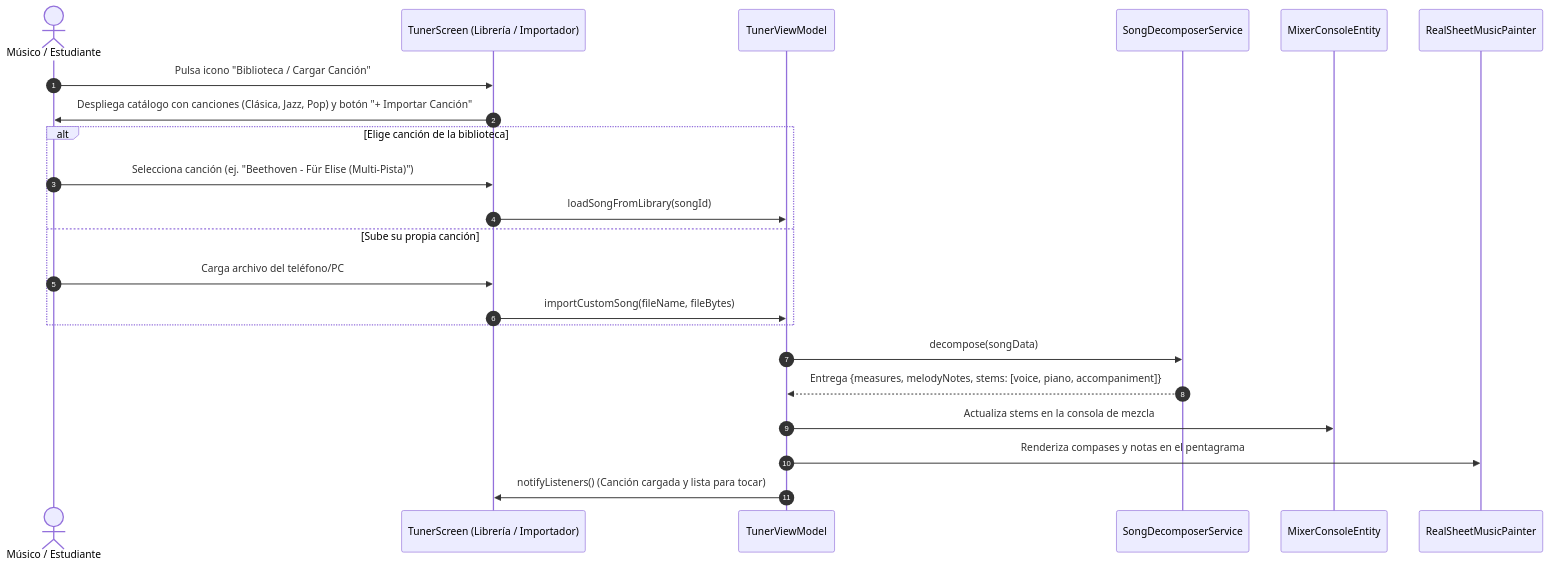
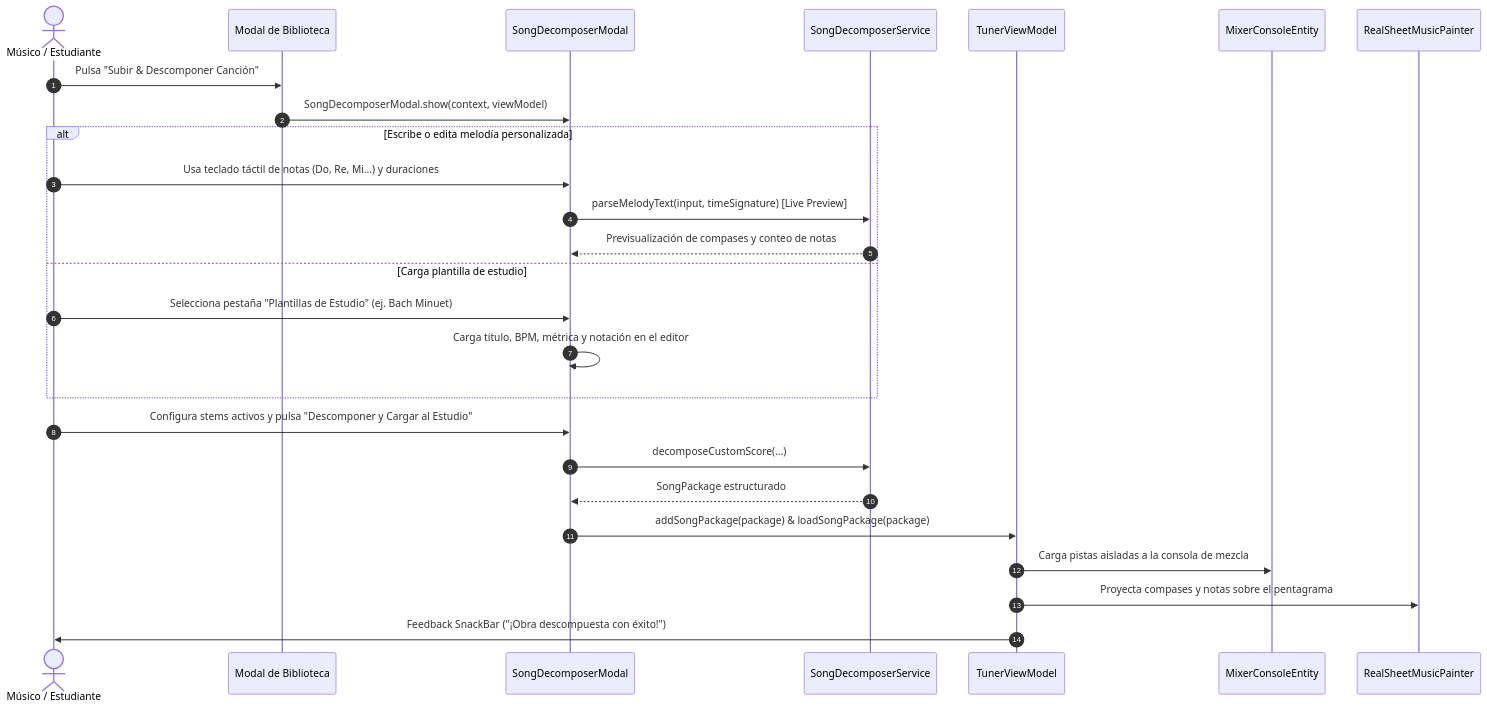
One commit to Nicolas11Leon/Tunner changed the second of 2 diagrams in docs/02_use_cases/08_uc_song_reader_and_decomposer.md. Above: the diagram before and after it, drawn with Mermaid. The commit also changed other lines of this file and 6 other files, not shown here.

Commit message:
feat(song_library): add interactive SongDecomposerModal studio and connect decomposition button

````diff
--- a/docs/02_use_cases/08_uc_song_reader_and_decomposer.md
+++ b/docs/02_use_cases/08_uc_song_reader_and_decomposer.md
@@ -53,25 +63,29 @@
 ```mermaid
 sequenceDiagram
     autonumber
     actor Musician as Músico / Estudiante
-    participant UI as TunerScreen (Librería / Importador)
+    participant LibUI as Modal de Biblioteca
+    participant StudioUI as SongDecomposerModal
+    participant Decomp as SongDecomposerService
     participant VM as TunerViewModel
-    participant Decomp as SongDecomposerService
     participant Mixer as MixerConsoleEntity
     participant Score as RealSheetMusicPainter
 
-    Musician->>UI: Pulsa icono "Biblioteca / Cargar Canción"
-    UI->>Musician: Despliega catálogo con canciones (Clásica, Jazz, Pop) y botón "+ Importar Canción"
-    alt Elige canción de la biblioteca
-        Musician->>UI: Selecciona canción (ej. "Beethoven - Für Elise (Multi-Pista)")
-        UI->>VM: loadSongFromLibrary(songId)
-    else Sube su propia canción
-        Musician->>UI: Carga archivo del teléfono/PC
-        UI->>VM: importCustomSong(fileName, fileBytes)
+    Musician->>LibUI: Pulsa "Subir & Descomponer Canción"
+    LibUI->>StudioUI: SongDecomposerModal.show(context, viewModel)
+    alt Escribe o edita melodía personalizada
+        Musician->>StudioUI: Usa teclado táctil de notas (Do, Re, Mi...) y duraciones
+        StudioUI->>Decomp: parseMelodyText(input, timeSignature) [Live Preview]
+        Decomp-->>StudioUI: Previsualización de compases y conteo de notas
+    else Carga plantilla de estudio
+        Musician->>StudioUI: Selecciona pestaña "Plantillas de Estudio" (ej. Bach Minuet)
+        StudioUI->>StudioUI: Carga título, BPM, métrica y notación en el editor
     end
-    VM->>Decomp: decompose(songData)
-    Decomp-->>VM: Entrega {measures, melodyNotes, stems: [voice, piano, accompaniment]}
-    VM->>Mixer: Actualiza stems en la consola de mezcla
-    VM->>Score: Renderiza compases y notas en el pentagrama
-    VM->>UI: notifyListeners() (Canción cargada y lista para tocar)
+    Musician->>StudioUI: Configura stems activos y pulsa "Descomponer y Cargar al Estudio"
+    StudioUI->>Decomp: decomposeCustomScore(...)
+    Decomp-->>StudioUI: SongPackage estructurado
+    StudioUI->>VM: addSongPackage(package) & loadSongPackage(package)
+    VM->>Mixer: Carga pistas aisladas a la consola de mezcla
+    VM->>Score: Proyecta compases y notas sobre el pentagrama
+    VM->>Musician: Feedback SnackBar ("¡Obra descompuesta con éxito!")
 ```
````
